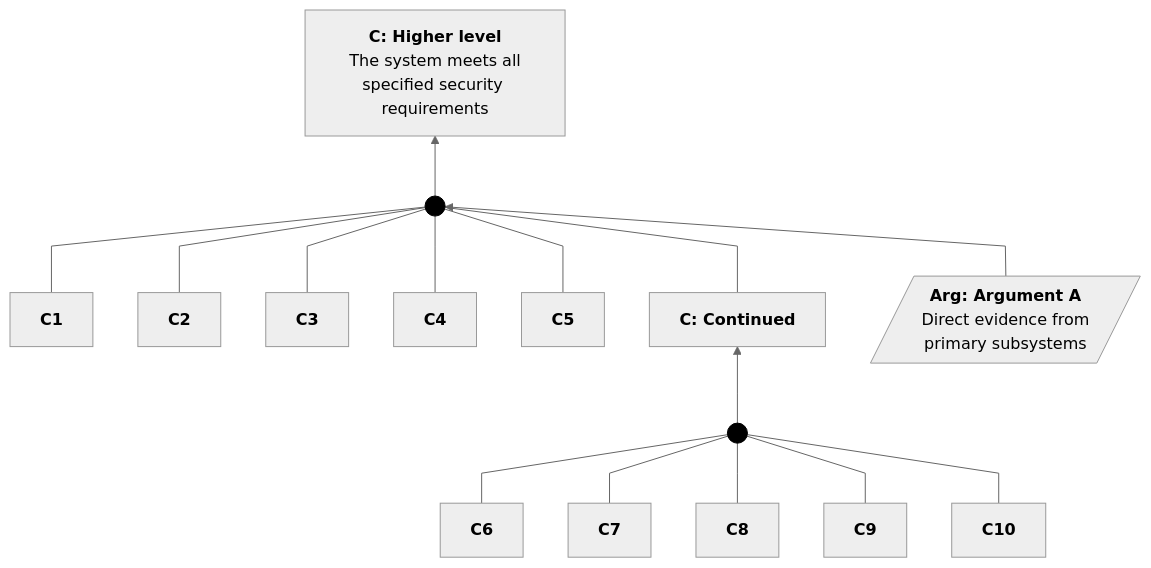
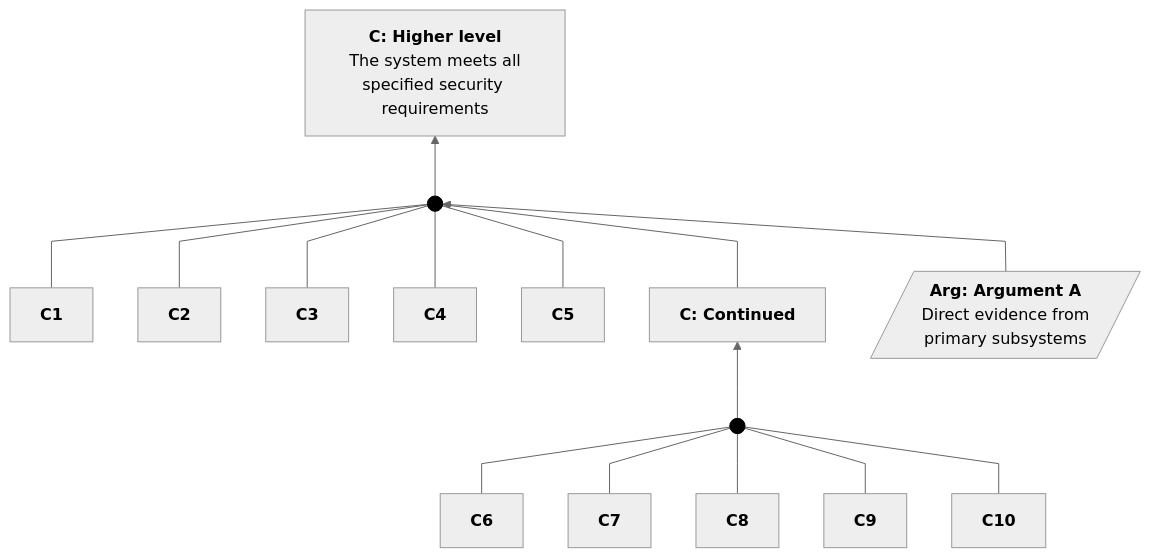
One commit to coreinfrastructure/best-practices-badge changed diagram 22 of 22 in docs/sacm-mermaid.md. Above: the diagram before and after it, drawn with Mermaid. The commit also changed other lines of this file, not shown here.

Commit message:
Try to improve sacmDot

````diff
--- a/docs/sacm-mermaid.md
+++ b/docs/sacm-mermaid.md
@@ -1410,60 +1410,60 @@
 ```mermaid
 ---
 config:
   theme: neutral
   flowchart:
     curve: linear
     htmlLabels: true
     rankSpacing: 60
     nodeSpacing: 45
     padding: 15
 ---
 flowchart BT
-    %% sacmDot: Reifies AssertedInference, color:#000 hides the period.
-    classDef sacmDot fill:#000,stroke:#000,width:8px,height:8px,color:#000
+    %% sacmDot: Reifies AssertedInference, color:#000 hides the text
+    classDef sacmDot fill:#000,stroke:#000,width:6px,height:6px,color:#000,font-size:1px
 
     %% --- Top Level Section ---
     C_High["<b>C: Higher level</b><br>The system meets all<br>specified security requirements"]
 
     %% Junction for the first set of claims
-    Inf1((".")):::sacmDot
+    Inf1(("·")):::sacmDot
     Arg1[/"<b>Arg: Argument A</b><br>Direct evidence from<br>primary subsystems"/]
 
     %% Supporting Claims
     C1["<b>C1</b>"]
     C2["<b>C2</b>"]
     C3["<b>C3</b>"]
     C4["<b>C4</b>"]
     C5["<b>C5</b>"]
     C_Cont["<b>C: Continued</b>"]
 
     %% Connections
     C1 --- Inf1
     C2 --- Inf1
     C3 --- Inf1
     C4 --- Inf1
     C5 --- Inf1
     C_Cont --- Inf1
 
     Arg1 --> Inf1
     Inf1 --> C_High
 
     %% --- Second Level Section ---
     %% Junction for the continued claims
     Inf2((".")):::sacmDot
 
     %% Supporting Claims 6-10
     C6["<b>C6</b>"]
     C7["<b>C7</b>"]
     C8["<b>C8</b>"]
     C9["<b>C9</b>"]
     C10["<b>C10</b>"]
 
     %% Connections
     C6 --- Inf2
     C7 --- Inf2
     C8 --- Inf2
     C9 --- Inf2
     C10 --- Inf2
     Inf2 --> C_Cont
 ```
````
